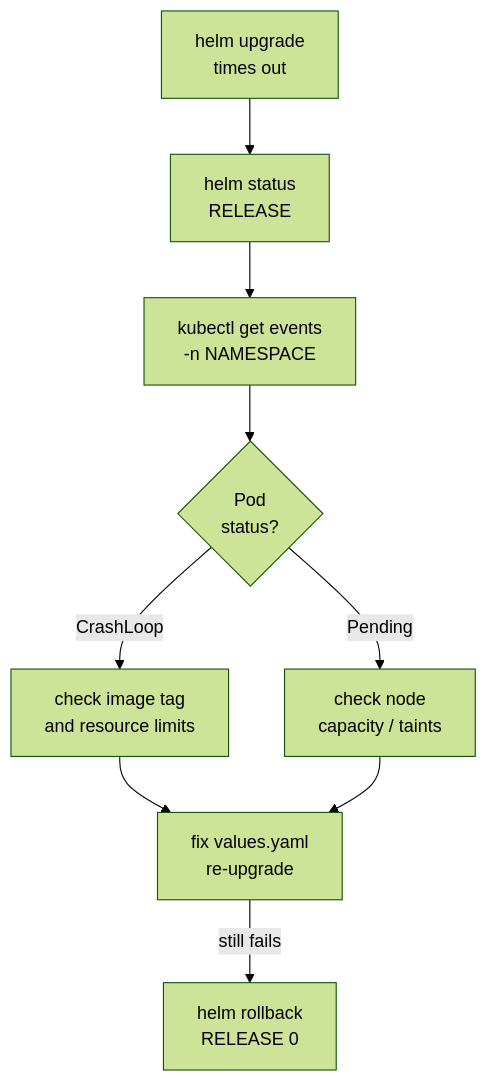
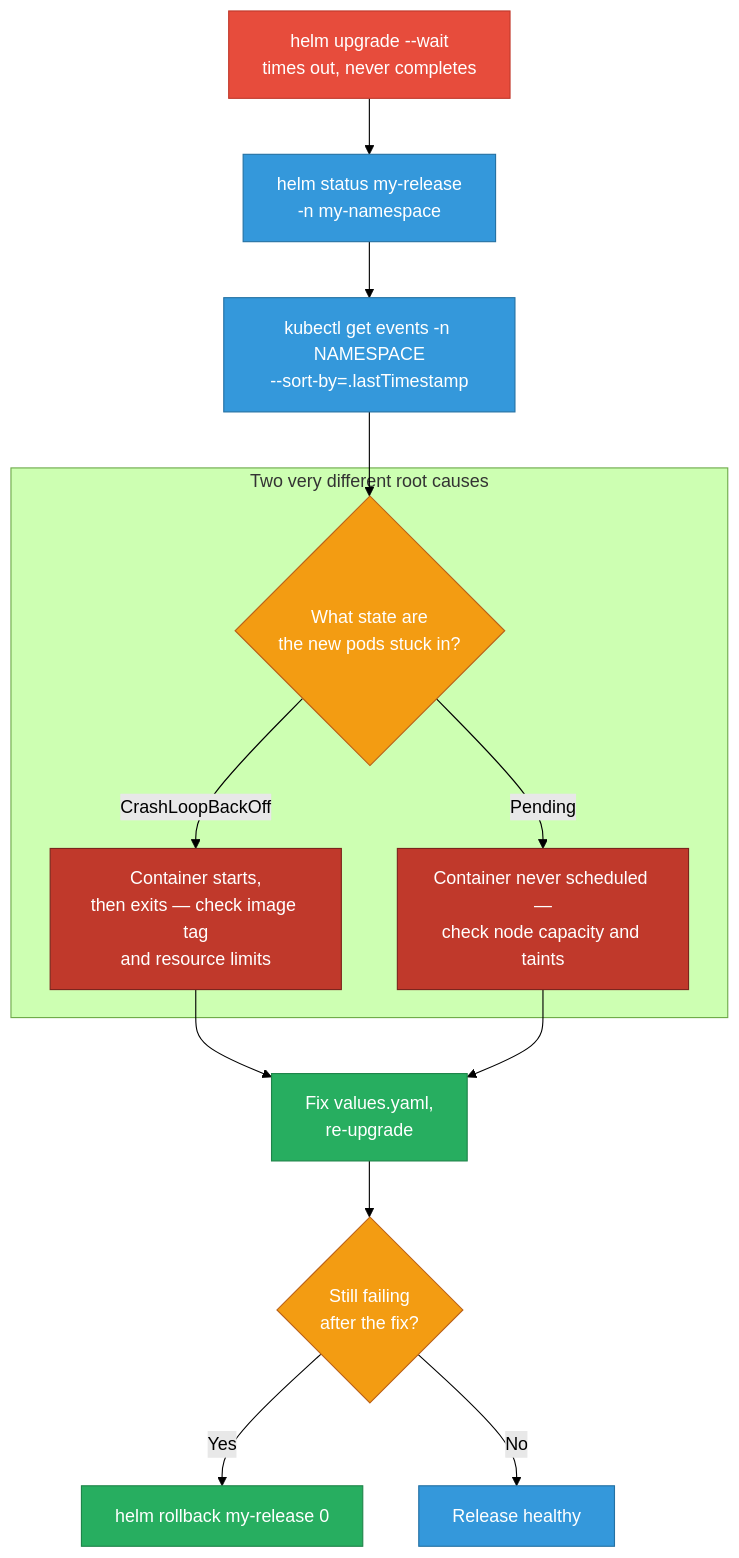
One commit to deepanshu-rawat6/DevOpsIndex changed the seventh of 8 diagrams in sre/iac-scenarios.md. Above: the diagram before and after it, drawn with Mermaid (forest theme). The commit also changed other lines of this file and 10 other files, not shown here.

````diff
--- a/sre/iac-scenarios.md
+++ b/sre/iac-scenarios.md
@@ -248,11 +413,23 @@
 ```mermaid
 flowchart TD
-    A[helm upgrade<br/>times out] --> B[helm status<br/>RELEASE]
-    B --> C[kubectl get events<br/>-n NAMESPACE]
-    C --> D{Pod<br/>status?}
-    D -- CrashLoop --> E[check image tag<br/>and resource limits]
-    D -- Pending --> F[check node<br/>capacity / taints]
-    E --> G[fix values.yaml<br/>re-upgrade]
-    F --> G
-    G -- still fails --> H[helm rollback<br/>RELEASE 0]
+    classDef err fill:#e74c3c,stroke:#c0392b,color:#fff
+    classDef decision fill:#f39c12,stroke:#ba6018,color:#fff
+    classDef fix fill:#27ae60,stroke:#1e8449,color:#fff
+    classDef verify fill:#3498db,stroke:#2471a3,color:#fff
+    classDef danger fill:#c0392b,stroke:#7b241c,color:#fff
+
+    TIMEOUT["helm upgrade --wait<br/>times out, never completes"]:::err --> STATUS["helm status my-release<br/>-n my-namespace"]:::verify
+    STATUS --> EVENTS["kubectl get events -n NAMESPACE<br/>--sort-by=.lastTimestamp"]:::verify
+    EVENTS --> PODSTATE{"What state are<br/>the new pods stuck in?"}:::decision
+
+    subgraph CAUSES["Two very different root causes"]
+        PODSTATE -->|CrashLoopBackOff| CRASH["Container starts,<br/>then exits — check image tag<br/>and resource limits"]:::danger
+        PODSTATE -->|Pending| PEND["Container never scheduled —<br/>check node capacity and taints"]:::danger
+    end
+
+    CRASH --> FIXVALUES["Fix values.yaml,<br/>re-upgrade"]:::fix
+    PEND --> FIXVALUES
+    FIXVALUES --> STILLFAILS{"Still failing<br/>after the fix?"}:::decision
+    STILLFAILS -->|Yes| ROLLBACK["helm rollback my-release 0"]:::fix
+    STILLFAILS -->|No| DONE["Release healthy"]:::verify
 ```
````
